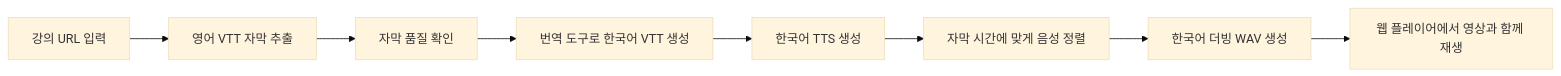
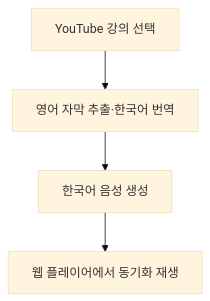
Before and after one commit to HyunKN/lecture-dub: the diagram in README.md, drawn with Mermaid (base theme). The commit also changed other lines of this file, not shown here.

````diff
--- a/README.md
+++ b/README.md
@@ -7,10 +17,6 @@
 ```mermaid
-flowchart LR
-    A["강의 URL 입력"] --> B["영어 VTT 자막 추출"]
-    B --> C["자막 품질 확인"]
-    C --> D["번역 도구로 한국어 VTT 생성"]
-    D --> E["한국어 TTS 생성"]
-    E --> F["자막 시간에 맞게 음성 정렬"]
-    F --> G["한국어 더빙 WAV 생성"]
-    G --> H["웹 플레이어에서 영상과 함께 재생"]
+flowchart TD
+    A["YouTube 강의 선택"] --> B["영어 자막 추출·한국어 번역"]
+    B --> C["한국어 음성 생성"]
+    C --> D["웹 플레이어에서 동기화 재생"]
 ```
````
